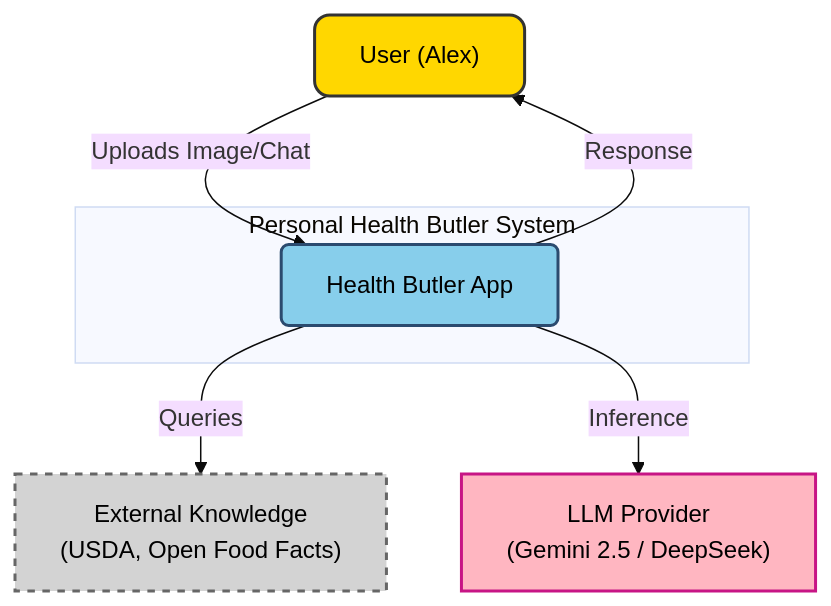
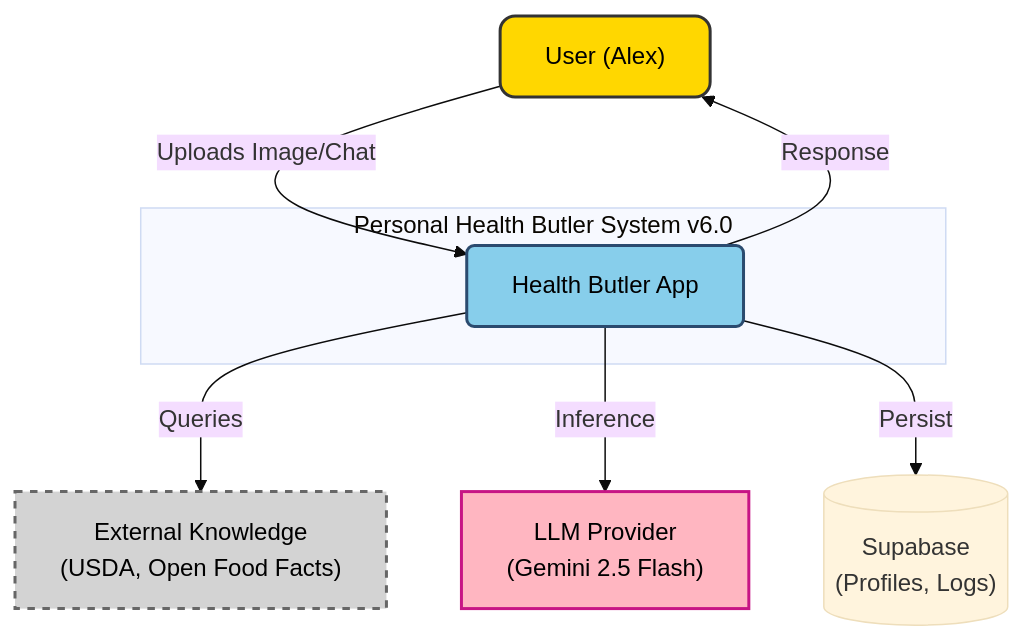
One commit to kevinhust/capstonetest changed the first of 2 diagrams in docs/engineering/explanation/L2-Application-Architecture.md. Above: the diagram before and after it, drawn with Mermaid (base theme). The commit also changed other lines of this file and 43 other files, not shown here.

````diff
--- a/docs/engineering/explanation/L2-Application-Architecture.md
+++ b/docs/engineering/explanation/L2-Application-Architecture.md
@@ -15,20 +15,23 @@
 ```mermaid
 graph TB
     %% Styles
     classDef user fill:#FFD700,stroke:#333,stroke-width:2px,color:black,rx:10,ry:10;
     classDef system fill:#87CEEB,stroke:#2b4b6f,stroke-width:2px,color:black,rx:5,ry:5;
     classDef external fill:#D3D3D3,stroke:#666,stroke-width:2px,color:black,stroke-dasharray: 5 5;
     classDef ai fill:#FFB6C1,stroke:#C71585,stroke-width:2px,color:black;
+    classDef db fill:#DDA0DD,stroke:#800080,stroke-width:2px,color:black,shape:cylinder;
 
     User["User (Alex)"]:::user
-    subgraph "Personal Health Butler System"
+    subgraph "Personal Health Butler System v6.0"
         PHB["Health Butler App"]:::system
     end
     ExternalKB["External Knowledge<br/>(USDA, Open Food Facts)"]:::external
-    LLM["LLM Provider<br/>(Gemini 2.5 / DeepSeek)"]:::ai
+    LLM["LLM Provider<br/>(Gemini 2.5 Flash)"]:::ai
+    SupaDB[("Supabase<br/>(Profiles, Logs)")];
 
     User -->|Uploads Image/Chat| PHB
     PHB -->|Queries| ExternalKB
     PHB -->|Inference| LLM
+    PHB -->|Persist| SupaDB
     PHB -->|Response| User
 ```
````
